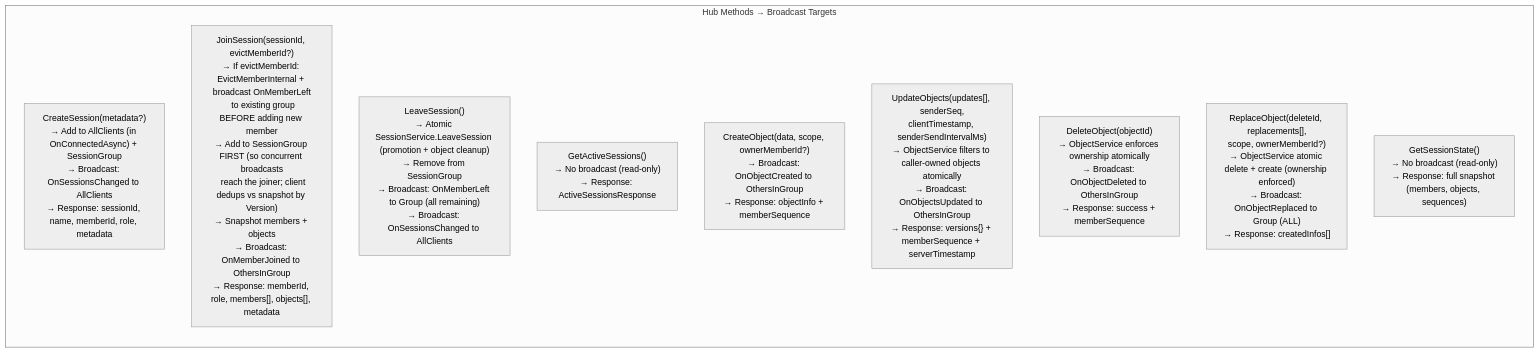
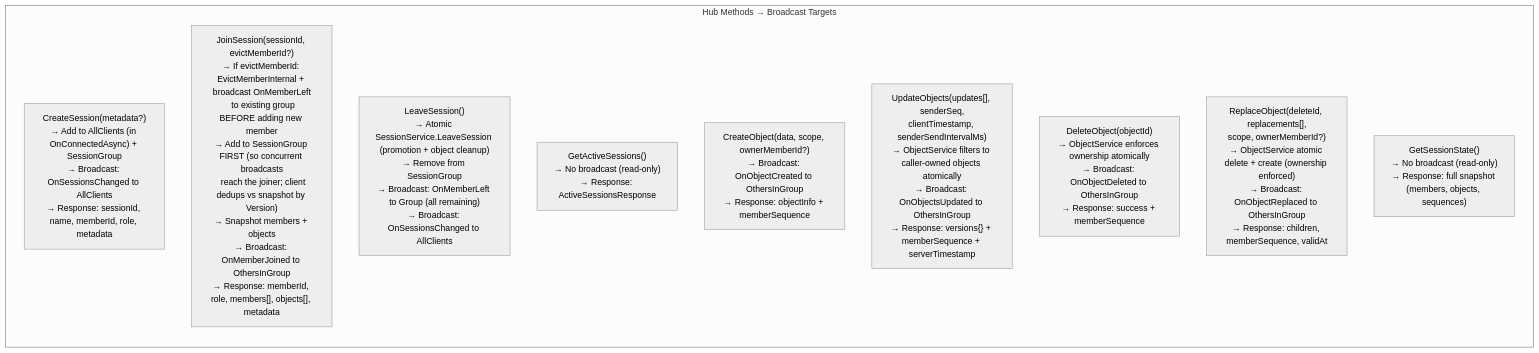
One commit to badvoidstar/astervoids changed diagram 11 of 36 in ARCHITECTURE.md. Above: the diagram before and after it, drawn with Mermaid (neutral theme). The commit also changed other lines of this file and 29 other files, not shown here.

````diff
--- a/ARCHITECTURE.md
+++ b/ARCHITECTURE.md
@@ -747,15 +770,15 @@
 ```mermaid
 flowchart TB
     subgraph "Hub Methods → Broadcast Targets"
         direction TB
         CREATE["CreateSession(metadata?)<br/>→ Add to AllClients (in OnConnectedAsync) + SessionGroup<br/>→ Broadcast: OnSessionsChanged to AllClients<br/>→ Response: sessionId, name, memberId, role, metadata"]
         JOIN["JoinSession(sessionId, evictMemberId?)<br/>→ If evictMemberId: EvictMemberInternal + broadcast OnMemberLeft<br/>  to existing group BEFORE adding new member<br/>→ Add to SessionGroup FIRST (so concurrent broadcasts<br/>  reach the joiner; client dedups vs snapshot by Version)<br/>→ Snapshot members + objects<br/>→ Broadcast: OnMemberJoined to OthersInGroup<br/>→ Response: memberId, role, members[], objects[], metadata"]
         LEAVE["LeaveSession()<br/>→ Atomic SessionService.LeaveSession (promotion + object cleanup)<br/>→ Remove from SessionGroup<br/>→ Broadcast: OnMemberLeft to Group (all remaining)<br/>→ Broadcast: OnSessionsChanged to AllClients"]
         GAS["GetActiveSessions()<br/>→ No broadcast (read-only)<br/>→ Response: ActiveSessionsResponse"]
         CO["CreateObject(data, scope, ownerMemberId?)<br/>→ Broadcast: OnObjectCreated to OthersInGroup<br/>→ Response: objectInfo + memberSequence"]
         UO["UpdateObjects(updates[], senderSeq,<br/>clientTimestamp, senderSendIntervalMs)<br/>→ ObjectService filters to caller-owned objects atomically<br/>→ Broadcast: OnObjectsUpdated to OthersInGroup<br/>→ Response: versions{} + memberSequence + serverTimestamp"]
         DO["DeleteObject(objectId)<br/>→ ObjectService enforces ownership atomically<br/>→ Broadcast: OnObjectDeleted to OthersInGroup<br/>→ Response: success + memberSequence"]
-        RO["ReplaceObject(deleteId, replacements[],<br/>scope, ownerMemberId?)<br/>→ ObjectService atomic delete + create (ownership enforced)<br/>→ Broadcast: OnObjectReplaced to Group (ALL)<br/>→ Response: createdInfos[]"]
+        RO["ReplaceObject(deleteId, replacements[],<br/>scope, ownerMemberId?)<br/>→ ObjectService atomic delete + create (ownership enforced)<br/>→ Broadcast: OnObjectReplaced to OthersInGroup<br/>→ Response: children, memberSequence, validAt"]
         GS["GetSessionState()<br/>→ No broadcast (read-only)<br/>→ Response: full snapshot (members, objects, sequences)"]
     end
 ```
````
